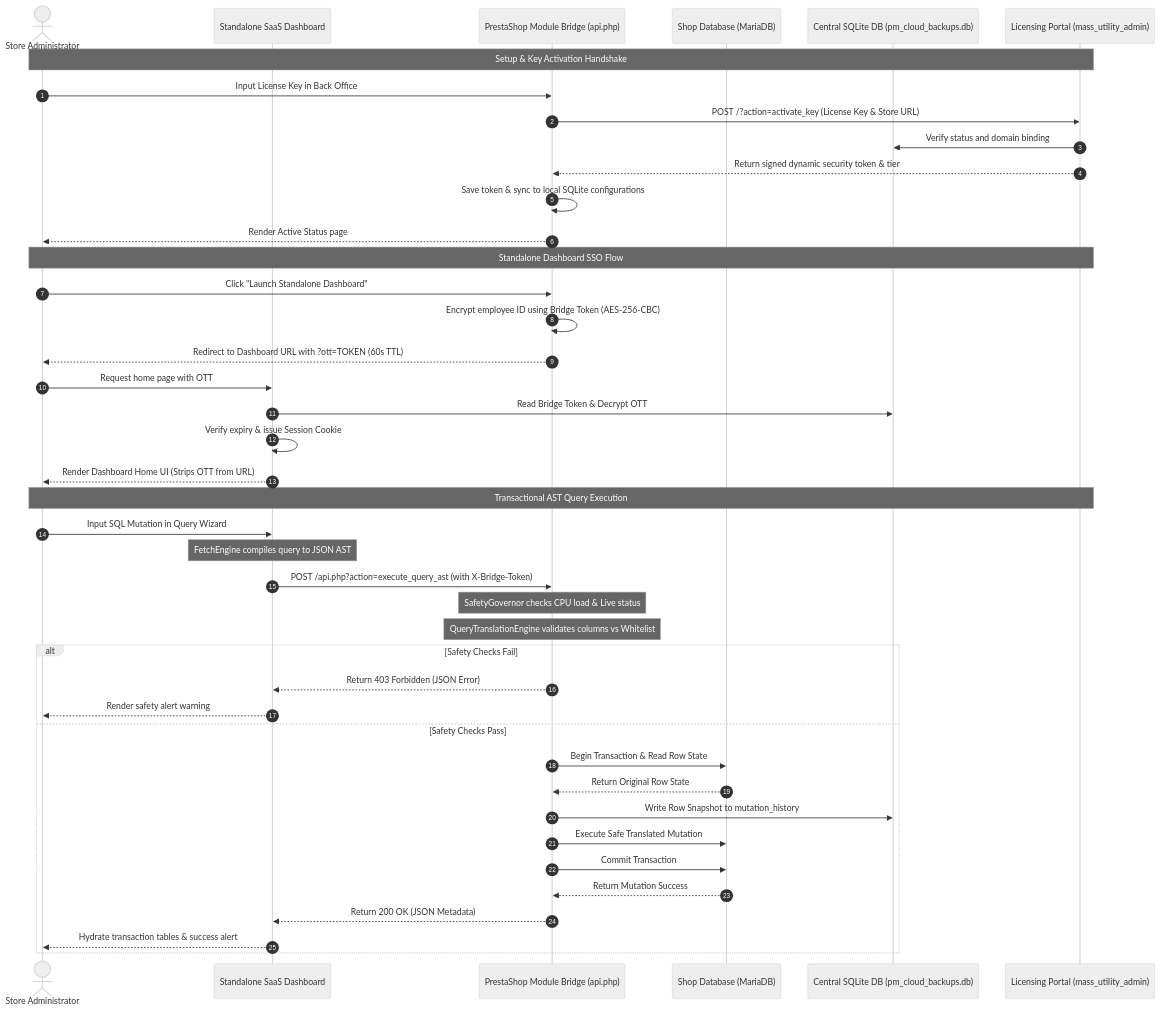
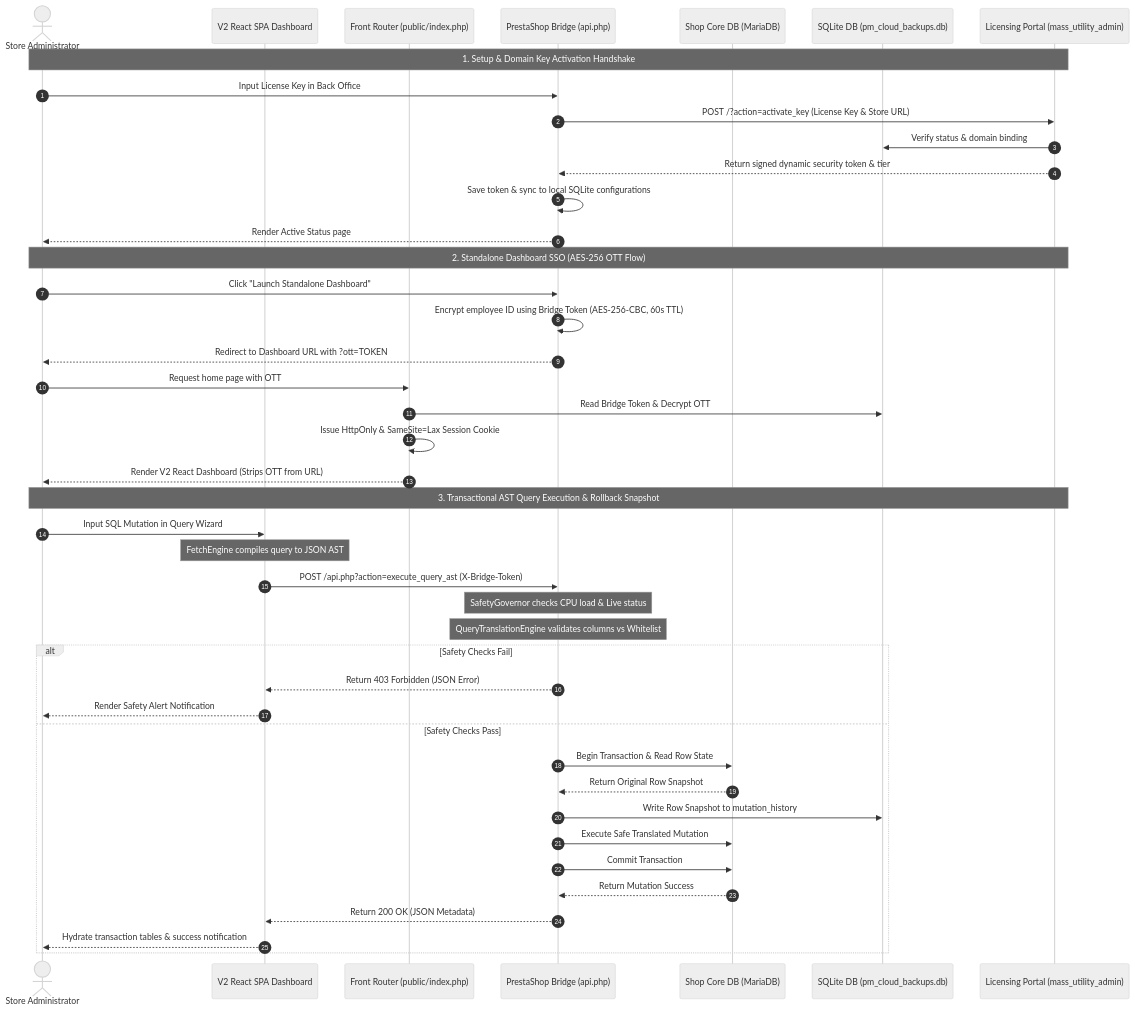
The second of 3 diagrams in README.md (calin-m/Mass-Utility), drawn with Mermaid (neutral theme) before and after one commit. The commit also changed other lines of this file and 1 other file, not shown here.

````diff
--- a/README.md
+++ b/README.md
@@ -18,47 +68,48 @@
 ```mermaid
 sequenceDiagram
     autonumber
     actor Admin as Store Administrator
-    participant Dashboard as Standalone SaaS Dashboard
-    participant Bridge as PrestaShop Module Bridge (api.php)
-    participant MySQL as Shop Database (MariaDB)
-    participant SQLite as Central SQLite DB (pm_cloud_backups.db)
+    participant Dashboard as V2 React SPA Dashboard
+    participant Router as Front Router (public/index.php)
+    participant Bridge as PrestaShop Bridge (api.php)
+    participant MySQL as Shop Core DB (MariaDB)
+    participant SQLite as SQLite DB (pm_cloud_backups.db)
     participant Licensing as Licensing Portal (mass_utility_admin)
 
-    Note over Admin, Licensing: Setup & Key Activation Handshake
+    Note over Admin, Licensing: 1. Setup & Domain Key Activation Handshake
     Admin->>Bridge: Input License Key in Back Office
     Bridge->>Licensing: POST /?action=activate_key (License Key & Store URL)
-    Licensing->>SQLite: Verify status and domain binding
+    Licensing->>SQLite: Verify status & domain binding
     Licensing-->>Bridge: Return signed dynamic security token & tier
     Bridge->>Bridge: Save token & sync to local SQLite configurations
     Bridge-->>Admin: Render Active Status page
 
-    Note over Admin, Licensing: Standalone Dashboard SSO Flow
+    Note over Admin, Licensing: 2. Standalone Dashboard SSO (AES-256 OTT Flow)
     Admin->>Bridge: Click "Launch Standalone Dashboard"
-    Bridge->>Bridge: Encrypt employee ID using Bridge Token (AES-256-CBC)
-    Bridge-->>Admin: Redirect to Dashboard URL with ?ott=TOKEN (60s TTL)
-    Admin->>Dashboard: Request home page with OTT
-    Dashboard->>SQLite: Read Bridge Token & Decrypt OTT
-    Dashboard->>Dashboard: Verify expiry & issue Session Cookie
-    Dashboard-->>Admin: Render Dashboard Home UI (Strips OTT from URL)
+    Bridge->>Bridge: Encrypt employee ID using Bridge Token (AES-256-CBC, 60s TTL)
+    Bridge-->>Admin: Redirect to Dashboard URL with ?ott=TOKEN
+    Admin->>Router: Request home page with OTT
+    Router->>SQLite: Read Bridge Token & Decrypt OTT
+    Router->>Router: Issue HttpOnly & SameSite=Lax Session Cookie
+    Router-->>Admin: Render V2 React Dashboard (Strips OTT from URL)
 
-    Note over Admin, Licensing: Transactional AST Query Execution
+    Note over Admin, Licensing: 3. Transactional AST Query Execution & Rollback Snapshot
     Admin->>Dashboard: Input SQL Mutation in Query Wizard
     Note over Dashboard: FetchEngine compiles query to JSON AST
-    Dashboard->>Bridge: POST /api.php?action=execute_query_ast (with X-Bridge-Token)
+    Dashboard->>Bridge: POST /api.php?action=execute_query_ast (X-Bridge-Token)
     Note over Bridge: SafetyGovernor checks CPU load & Live status
     Note over Bridge: QueryTranslationEngine validates columns vs Whitelist
     alt Safety Checks Fail
         Bridge-->>Dashboard: Return 403 Forbidden (JSON Error)
-        Dashboard-->>Admin: Render safety alert warning
+        Dashboard-->>Admin: Render Safety Alert Notification
     else Safety Checks Pass
         Bridge->>MySQL: Begin Transaction & Read Row State
-        MySQL-->>Bridge: Return Original Row State
+        MySQL-->>Bridge: Return Original Row Snapshot
         Bridge->>SQLite: Write Row Snapshot to mutation_history
         Bridge->>MySQL: Execute Safe Translated Mutation
         Bridge->>MySQL: Commit Transaction
         MySQL-->>Bridge: Return Mutation Success
         Bridge-->>Dashboard: Return 200 OK (JSON Metadata)
-        Dashboard-->>Admin: Hydrate transaction tables & success alert
+        Dashboard-->>Admin: Hydrate transaction tables & success notification
     end
 ```
````
